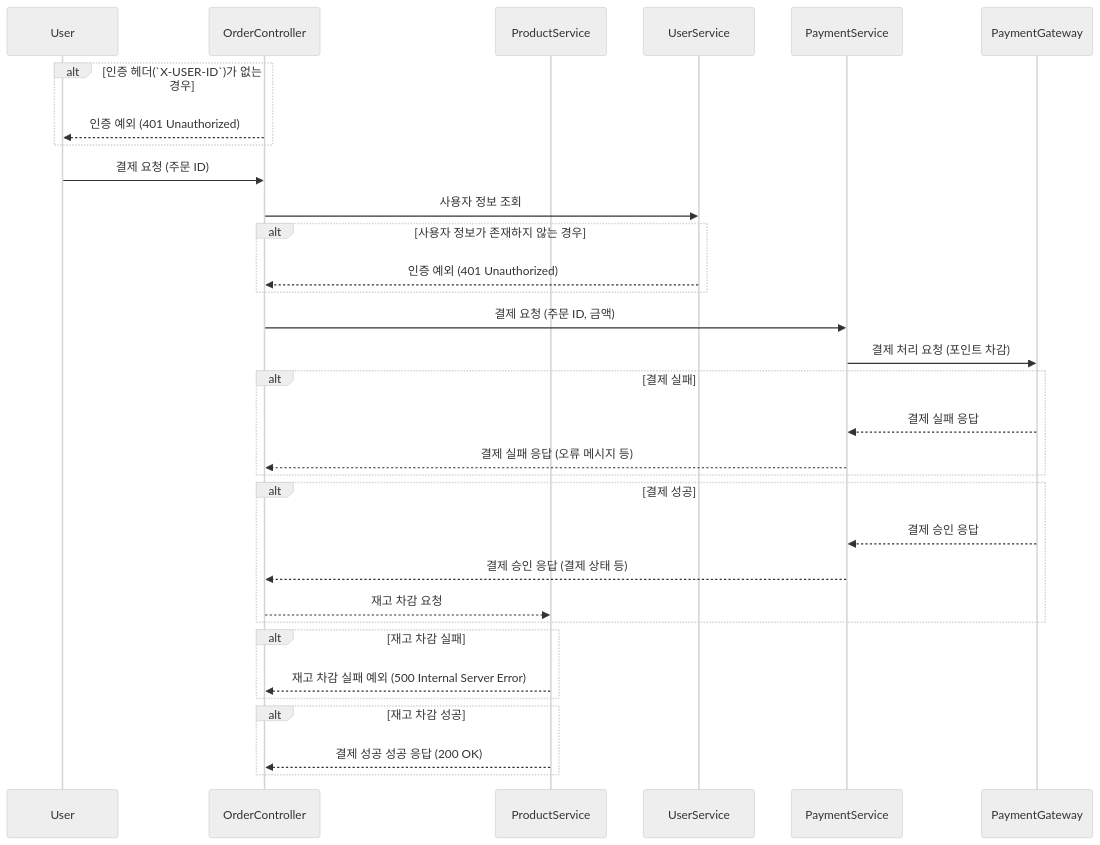
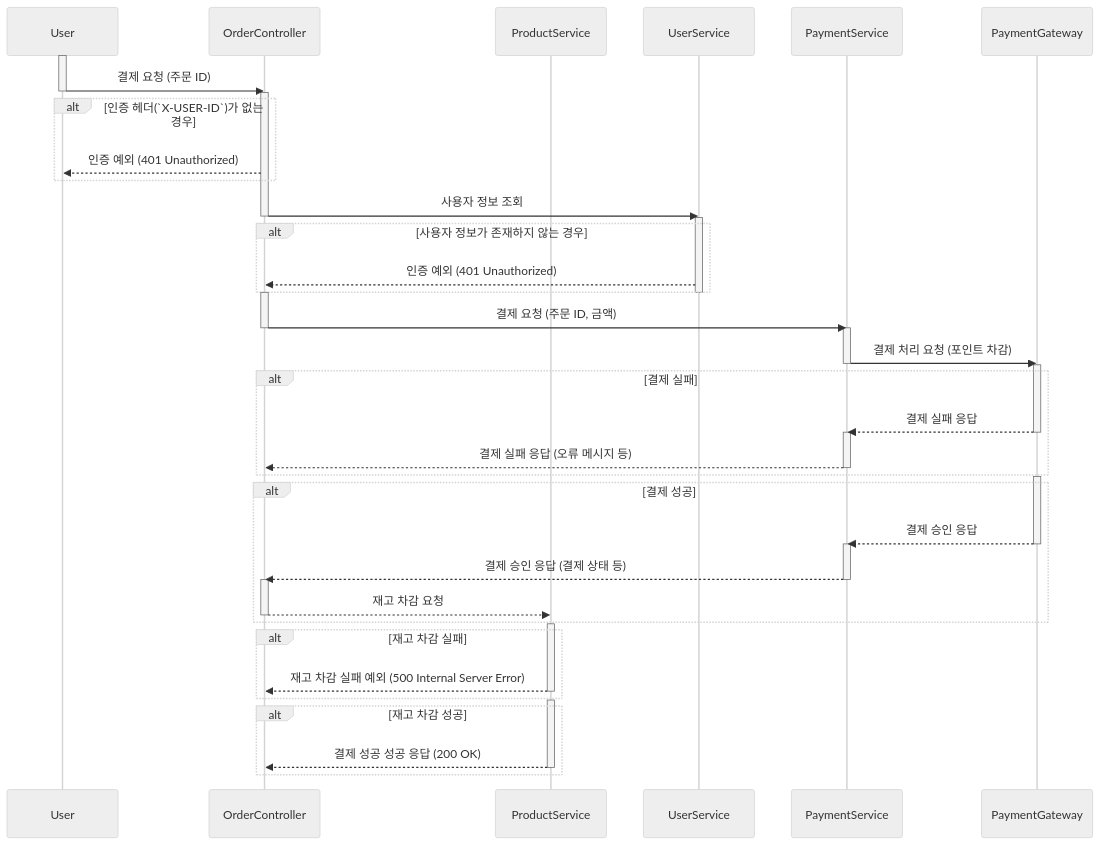
One commit to kiekk/gamsung-commerce changed the second of 4 diagrams in docs/design/02-sequence-diagrams/order_payment_v2.md. Above: the diagram before and after it, drawn with Mermaid (neutral theme). The commit also changed other lines of this file and 5 other files, not shown here.

First line of the commit message:
docs: 시퀀스 다이어그램 activate bar 추가

````diff
--- a/docs/design/02-sequence-diagrams/order_payment_v2.md
+++ b/docs/design/02-sequence-diagrams/order_payment_v2.md
@@ -40,34 +54,58 @@
 ```mermaid
 sequenceDiagram
     participant User
     participant OrderController
     participant ProductService
     participant UserService
     participant PaymentService
     participant PaymentGateway
+    activate User
+    User ->> OrderController: 결제 요청 (주문 ID)
+    deactivate User
+    activate OrderController
     alt 인증 헤더(`X-USER-ID`)가 없는 경우
         OrderController -->> User: 인증 예외 (401 Unauthorized)
     end
-    User ->> OrderController: 결제 요청 (주문 ID)
     OrderController ->> UserService: 사용자 정보 조회
+    deactivate OrderController
+    activate UserService
     alt 사용자 정보가 존재하지 않는 경우
         UserService -->> OrderController: 인증 예외 (401 Unauthorized)
     end
+    deactivate UserService
+    activate OrderController
     OrderController ->> PaymentService: 결제 요청 (주문 ID, 금액)
+    deactivate OrderController
+    activate PaymentService
     PaymentService ->> PaymentGateway: 결제 처리 요청 (포인트 차감)
+    deactivate PaymentService
+    activate PaymentGateway
     alt 결제 실패
         PaymentGateway -->> PaymentService: 결제 실패 응답
+        deactivate PaymentGateway
+        activate PaymentService
         PaymentService -->> OrderController: 결제 실패 응답 (오류 메시지 등)
+        deactivate PaymentService
     end
+    activate PaymentGateway
     alt 결제 성공
         PaymentGateway -->> PaymentService: 결제 승인 응답
+        deactivate PaymentGateway
+        activate PaymentService
         PaymentService -->> OrderController: 결제 승인 응답 (결제 상태 등)
+        deactivate PaymentService
+        activate OrderController
         OrderController -->> ProductService: 재고 차감 요청
+        deactivate OrderController
     end
+    activate ProductService
     alt 재고 차감 실패
         ProductService -->> OrderController: 재고 차감 실패 예외 (500 Internal Server Error)
+        deactivate ProductService
     end
+    activate ProductService
     alt 재고 차감 성공
         ProductService -->> OrderController: 결제 성공 성공 응답 (200 OK)
+        deactivate ProductService
     end
 ```
````
